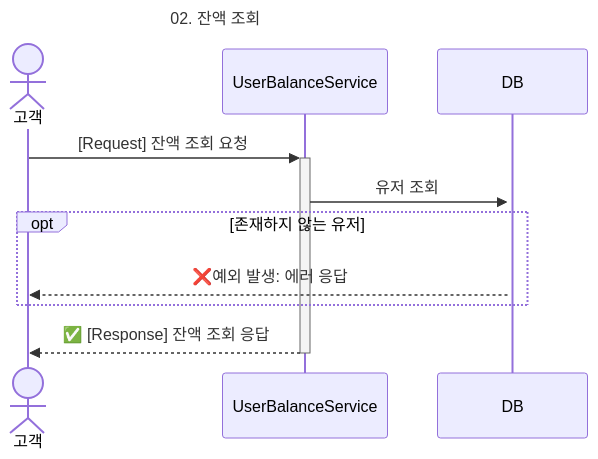
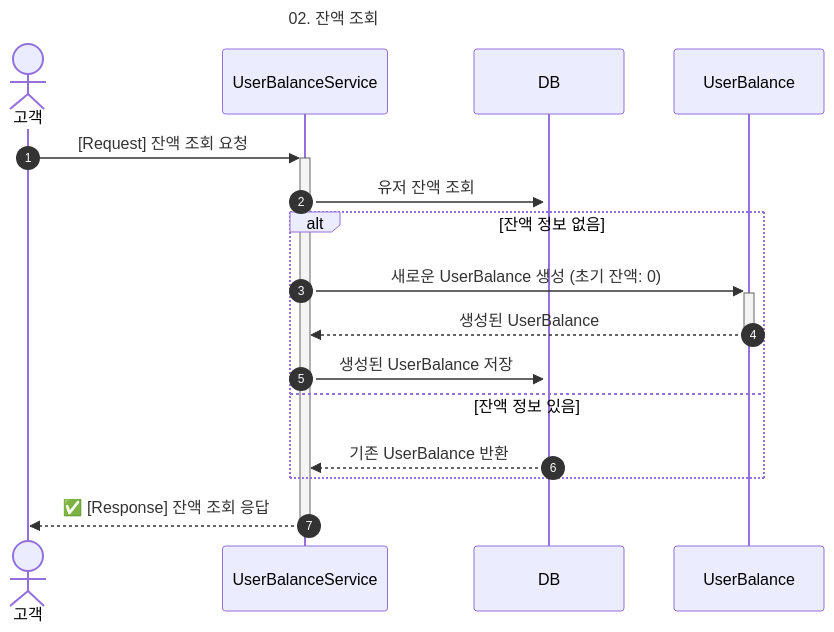
One commit to jinsy731/hhplus-ecommerce changed the second of 7 diagrams in docs/03_Sequence_diagram.md. Above: the diagram before and after it, drawn with Mermaid. The commit also changed other lines of this file, not shown here.

Commit message:
📝 Docs: 시퀀스 다이어그램 수정

````diff
--- a/docs/03_Sequence_diagram.md
+++ b/docs/03_Sequence_diagram.md
@@ -64,20 +64,25 @@
 ```mermaid
 ---
 title: 02. 잔액 조회
 ---
 sequenceDiagram
-    actor C as 고객
+    autonumber
+    actor 고객
     participant S as UserBalanceService
     participant DB as DB
+    participant UB as UserBalance
 
-    C ->>+ S: [Request] 잔액 조회 요청
-    S ->>+ DB: 유저 조회
+    고객 ->>+ S: [Request] 잔액 조회 요청
+    S ->>+ DB: 유저 잔액 조회
 
-    opt 존재하지 않는 유저
-    DB -->> C: ❌예외 발생: 에러 응답
+    alt 잔액 정보 없음
+        S ->>+ UB: 새로운 UserBalance 생성 (초기 잔액: 0)
+        UB -->>- S: 생성된 UserBalance
+        S ->> DB: 생성된 UserBalance 저장
+    else 잔액 정보 있음
+        DB -->> S: 기존 UserBalance 반환
     end
-    
-    S -->>- C: ✅ [Response] 잔액 조회 응답
 
-    
+    S -->>- 고객: ✅ [Response] 잔액 조회 응답
+
 ```
````
